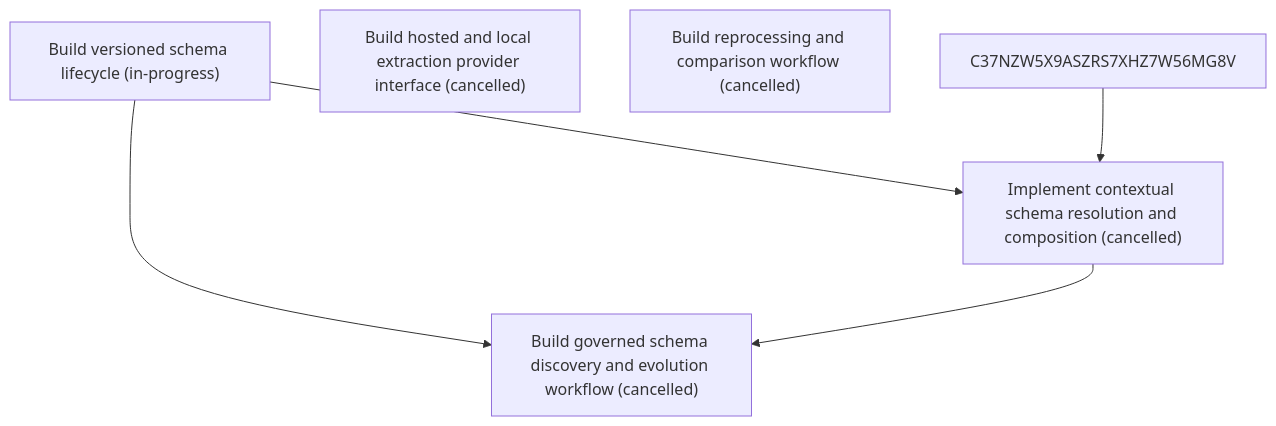
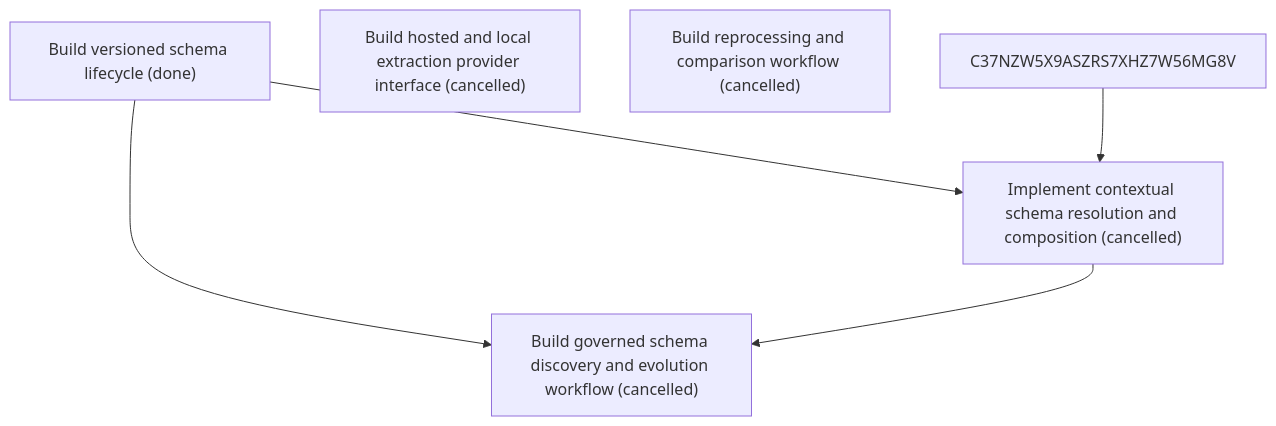
One commit to asadayoub/Evidentia changed the diagram in .skyhook/plan/epics/0QDXE9R7PY4N4E743SZ1NHH6Z4.md. Above: the diagram before and after it, drawn with Mermaid. The commit also changed other lines of this file and 54 other files, not shown here.

````diff
--- a/.skyhook/plan/epics/0QDXE9R7PY4N4E743SZ1NHH6Z4.md
+++ b/.skyhook/plan/epics/0QDXE9R7PY4N4E743SZ1NHH6Z4.md
@@ -24,12 +24,12 @@
 ```mermaid
 flowchart TD
-    4PJTJVE73D2MN7GT64T48S05HT["Build versioned schema lifecycle (in-progress)"]
+    4PJTJVE73D2MN7GT64T48S05HT["Build versioned schema lifecycle (done)"]
     BYNGTQS6SX4FB7HQ46D9FKTJR2["Build hosted and local extraction provider interface (cancelled)"]
     8PKADXET1MA10TAY9F6VBDYYAD["Build reprocessing and comparison workflow (cancelled)"]
     STORY-002["Implement contextual schema resolution and composition (cancelled)"]
     4PJTJVE73D2MN7GT64T48S05HT --> STORY-002
     C37NZW5X9ASZRS7XHZ7W56MG8V --> STORY-002
     STORY-003["Build governed schema discovery and evolution workflow (cancelled)"]
     4PJTJVE73D2MN7GT64T48S05HT --> STORY-003
     STORY-002 --> STORY-003
 ```
````
